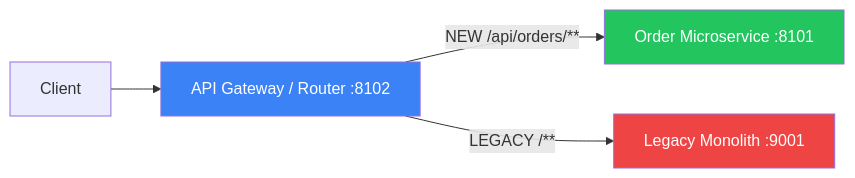
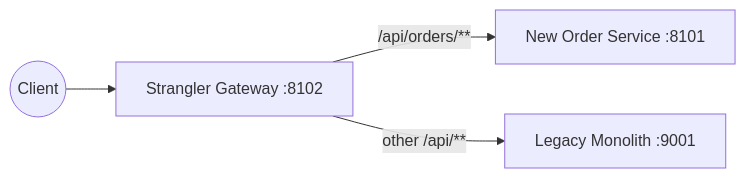
Before and after one commit to tungnath/micarch: the first of 3 diagrams in 01-decomposition/01b-strangler-fig/README.md, drawn with Mermaid. The commit also changed other lines of this file and 21 other files, not shown here.

````diff
--- a/01-decomposition/01b-strangler-fig/README.md
+++ b/01-decomposition/01b-strangler-fig/README.md
@@ -9,9 +7,6 @@
 ```mermaid
 graph LR
-    Client --> Gateway[API Gateway / Router :8102]
-    Gateway -->|"NEW /api/orders/**"| NewService[Order Microservice :8101]
-    Gateway -->|"LEGACY /**"| Monolith[Legacy Monolith :9001]
-    style NewService fill:#22c55e,color:#fff
-    style Monolith fill:#ef4444,color:#fff
-    style Gateway fill:#3b82f6,color:#fff
+    Client((Client)) --> Gateway[Strangler Gateway :8102]
+    Gateway -->|/api/orders/**| New[New Order Service :8101]
+    Gateway -->|other /api/**| Legacy[Legacy Monolith :9001]
 ```
````
